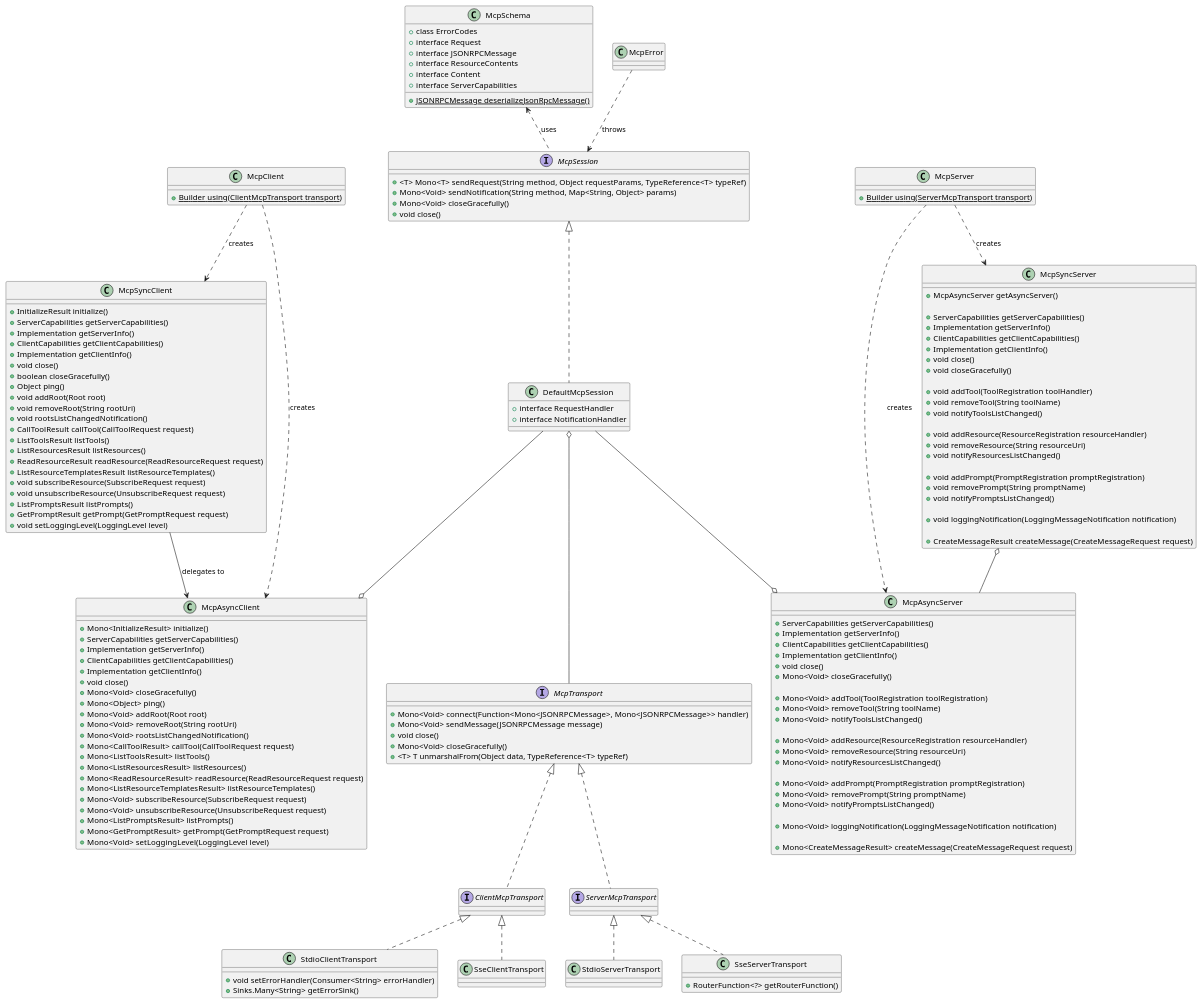
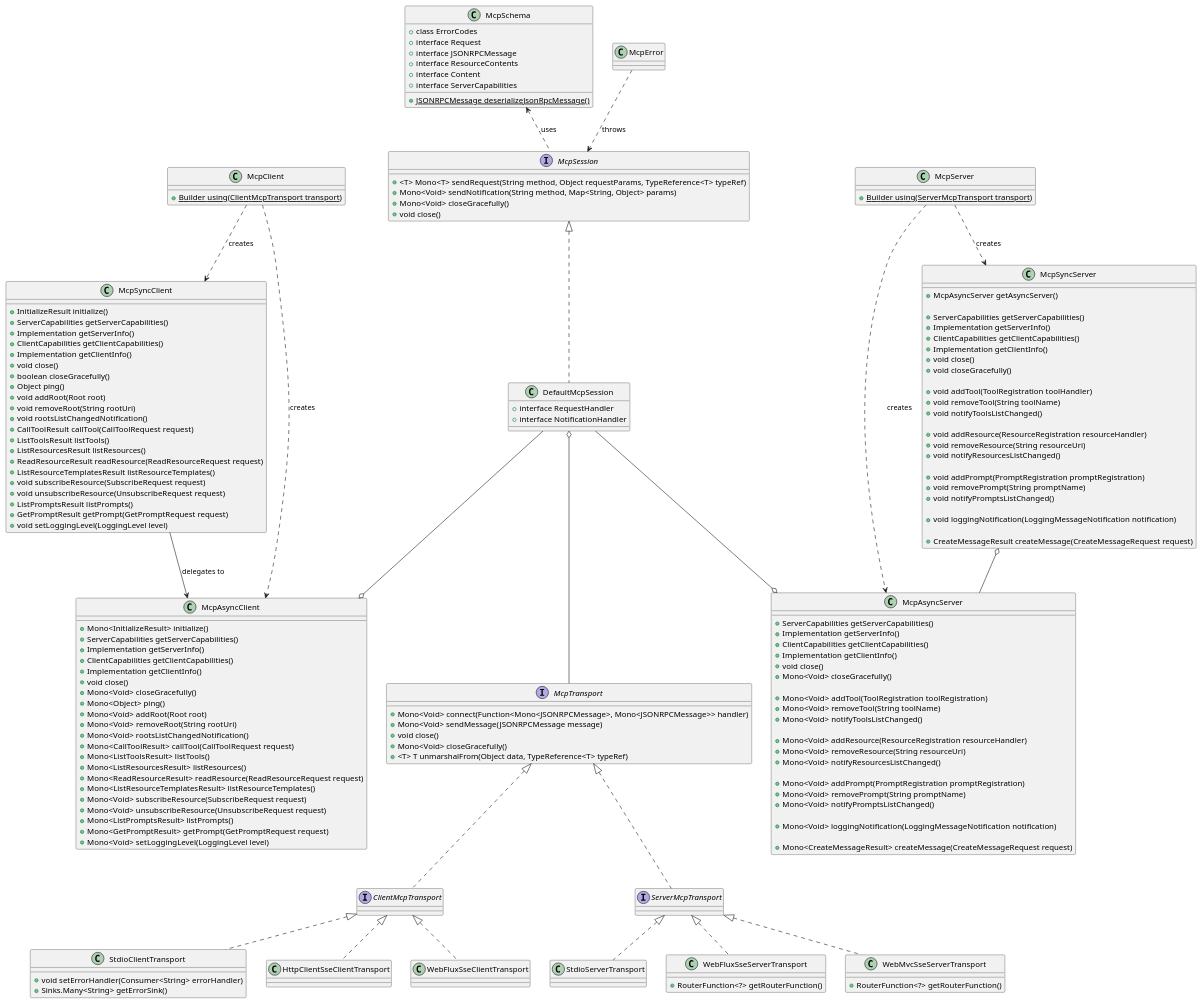
Before and after one commit to ziscloud/java-sdk: the first of 2 diagrams in mcp-docs/src/main/antora/modules/ROOT/images/class-diagrams.puml, drawn with PlantUML. The commit also changed 73 other files, not shown here.

```diff
--- a/mcp-docs/src/main/antora/modules/ROOT/images/class-diagrams.puml
+++ b/mcp-docs/src/main/antora/modules/ROOT/images/class-diagrams.puml
@@ -149,15 +149,26 @@
   +Sinks.Many<String> getErrorSink()
 }
 
-class SseClientTransport implements ClientMcpTransport {
-}
-
 class StdioServerTransport implements ServerMcpTransport {
 }
 
-class SseServerTransport implements ServerMcpTransport {
+
+class HttpClientSseClientTransport implements ClientMcpTransport {  
+}
+
+
+class WebFluxSseClientTransport implements ClientMcpTransport {
+}
+
+
+class WebFluxSseServerTransport implements ServerMcpTransport {
   +RouterFunction<?> getRouterFunction()
 }
+
+class WebMvcSseServerTransport implements ServerMcpTransport {
+  +RouterFunction<?> getRouterFunction()
+}
+
 
 ' Schema and Error Classes
 class McpSchema {
```
